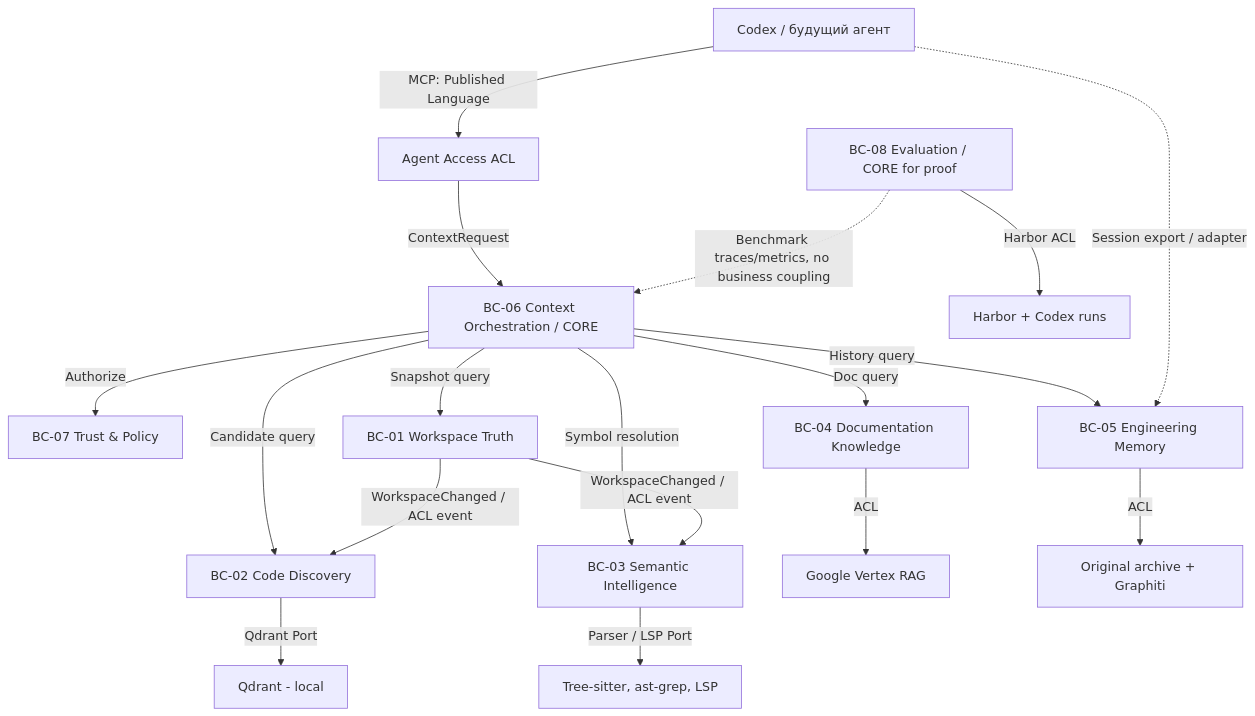
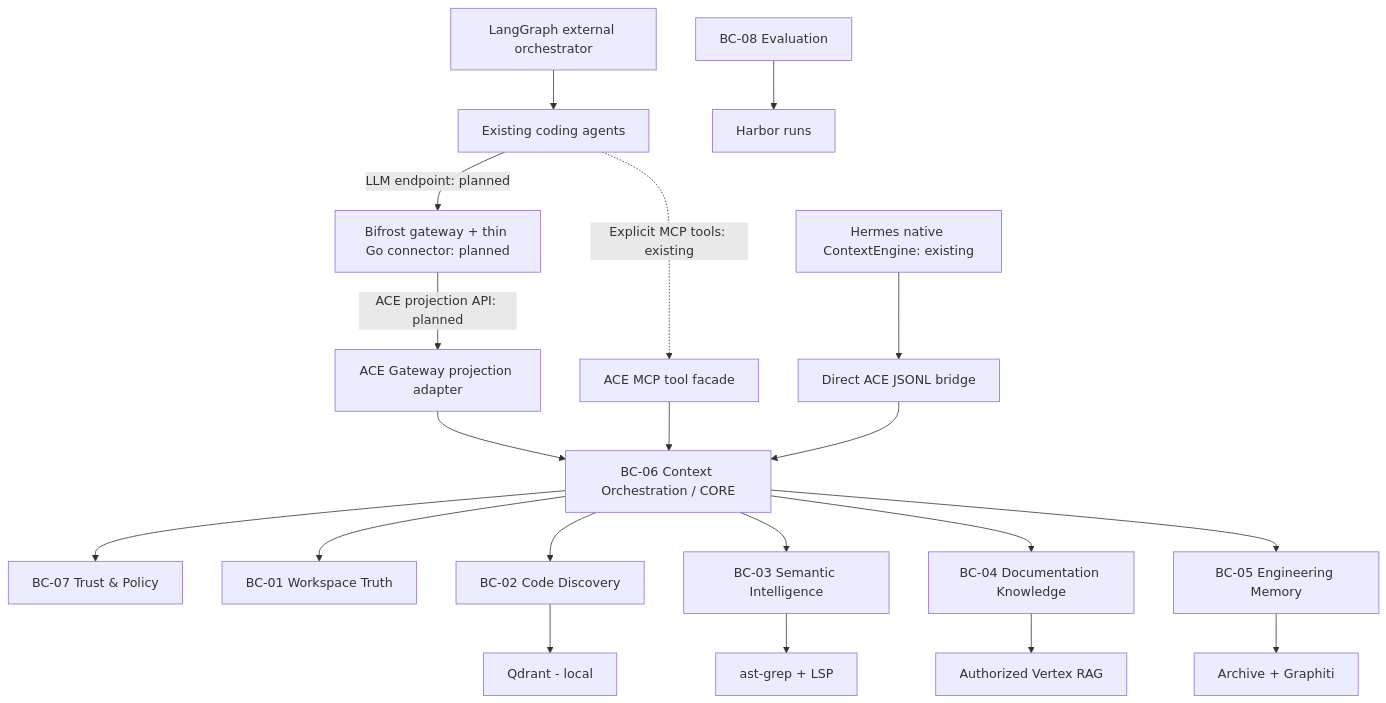
Before and after one commit to chris-madsen/Mult-agent-AI-Orchestration: the diagram in docs/docs/architecture/01-strategic-ddd.md, drawn with Mermaid. The commit also changed other lines of this file and 4 other files, not shown here.

Commit message:
docs: align strategic diagrams, decision register and OpenSpec with Bifrost gateway

````diff
--- a/docs/docs/architecture/01-strategic-ddd.md
+++ b/docs/docs/architecture/01-strategic-ddd.md
@@ -72,20 +74,22 @@
 ```mermaid
 flowchart TB
-    Codex["Codex / будущий агент"] -->|MCP: Published Language| ACL["Agent Access ACL"]
-    ACL -->|ContextRequest| ORCH["BC-06 Context Orchestration / CORE"]
-    ORCH -->|Authorize| POL["BC-07 Trust & Policy"]
-    ORCH -->|Snapshot query| WS["BC-01 Workspace Truth"]
-    ORCH -->|Candidate query| CD["BC-02 Code Discovery"]
-    ORCH -->|Symbol resolution| SEM["BC-03 Semantic Intelligence"]
-    ORCH -->|Doc query| DOC["BC-04 Documentation Knowledge"]
-    ORCH -->|History query| MEM["BC-05 Engineering Memory"]
-    WS -->|WorkspaceChanged / ACL event| CD
-    WS -->|WorkspaceChanged / ACL event| SEM
-    Codex -.->|Session export / adapter| MEM
-    CD -->|Qdrant Port| Q["Qdrant - local"]
-    SEM -->|Parser / LSP Port| L["Tree-sitter, ast-grep, LSP"]
-    DOC -->|ACL| V["Google Vertex RAG"]
-    MEM -->|ACL| G["Original archive + Graphiti"]
-    EVAL["BC-08 Evaluation / CORE for proof"] -->|Harbor ACL| H["Harbor + Codex runs"]
-    EVAL -.->|Benchmark traces/metrics, no business coupling| ORCH
+  LG["LangGraph external orchestrator"] --> AG["Existing coding agents"]
+  AG -->|"LLM endpoint: planned"| BF["Bifrost gateway + thin Go connector: planned"]
+  BF -->|"ACE projection API: planned"| ACL["ACE Gateway projection adapter"]
+  AG -.->|"Explicit MCP tools: existing"| MCP["ACE MCP tool facade"]
+  HE["Hermes native ContextEngine: existing"] --> J["Direct ACE JSONL bridge"]
+  ACL --> O["BC-06 Context Orchestration / CORE"]
+  MCP --> O
+  J --> O
+  O --> P["BC-07 Trust & Policy"]
+  O --> W["BC-01 Workspace Truth"]
+  O --> C["BC-02 Code Discovery"]
+  O --> S["BC-03 Semantic Intelligence"]
+  O --> D["BC-04 Documentation Knowledge"]
+  O --> M["BC-05 Engineering Memory"]
+  C --> Q["Qdrant - local"]
+  S --> L["ast-grep + LSP"]
+  D --> V["Authorized Vertex RAG"]
+  M --> G["Archive + Graphiti"]
+  E["BC-08 Evaluation"] --> H["Harbor runs"]
 ```
````
